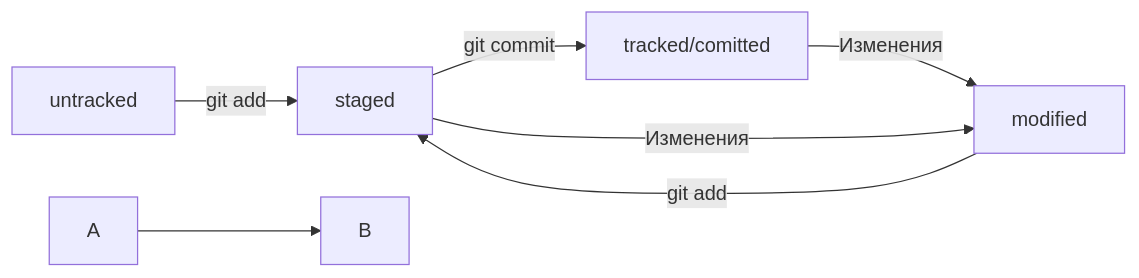
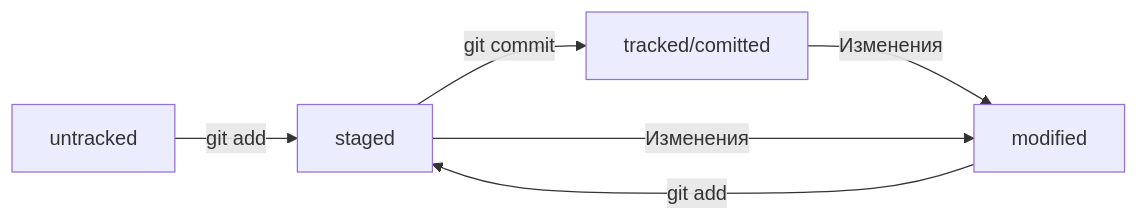
The diagram in README.md (AleksOBM/GitManual), drawn with Mermaid before and after one commit. The commit also changed other lines of this file, not shown here.

````diff
--- a/README.md
+++ b/README.md
@@ -21,10 +13,8 @@
 ```mermaid
 graph LR;
   untracked -- "git add" --> staged;
   staged    -- "git commit"     --> tracked/comitted;
   tracked/comitted -- "Изменения" --> modified;
   modified -- "git add" --> staged;
   staged -- "Изменения" --> modified;
-%% стрелка без текста для примера: 
-  A --> B;
 ``` 
````
